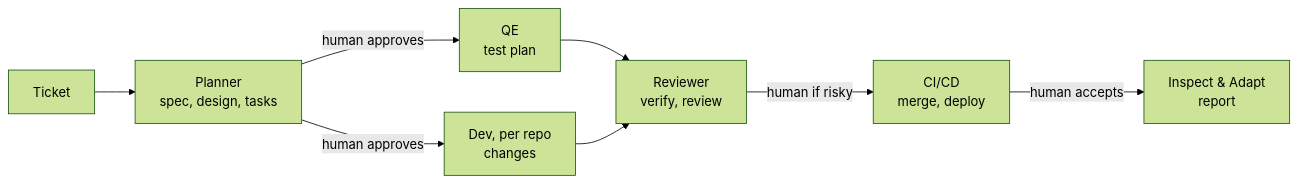
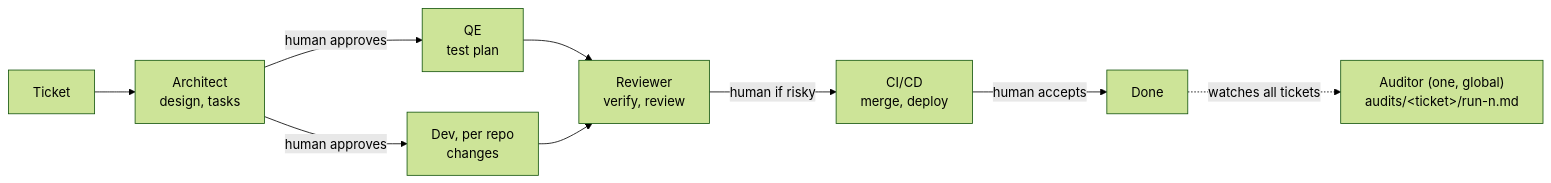
One commit to jonney17/ai-native-workflow changed the diagram in docs/workflow-design.md. Above: the diagram before and after it, drawn with Mermaid (forest theme). The commit also changed other lines of this file and 44 other files, not shown here.

````diff
--- a/docs/workflow-design.md
+++ b/docs/workflow-design.md
@@ -13,10 +13,11 @@
 ```mermaid
 flowchart LR
-  T[Ticket] --> P["Planner<br/>spec, design, tasks"]
+  T[Ticket] --> P["Architect<br/>design, tasks"]
   P -->|human approves| QE["QE<br/>test plan"]
   P -->|human approves| DEV["Dev, per repo<br/>changes"]
   QE --> R["Reviewer<br/>verify, review"]
   DEV --> R
   R -->|human if risky| CD["CI/CD<br/>merge, deploy"]
-  CD -->|human accepts| IA["Inspect & Adapt<br/>report"]
+  CD -->|human accepts| D[Done]
+  D -.->|watches all tickets| AU["Auditor (one, global)<br/>audits/&lt;ticket&gt;/run-n.md"]
 ```
````
